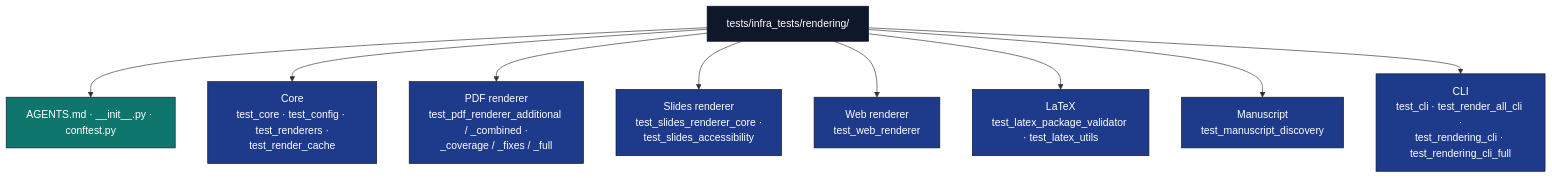
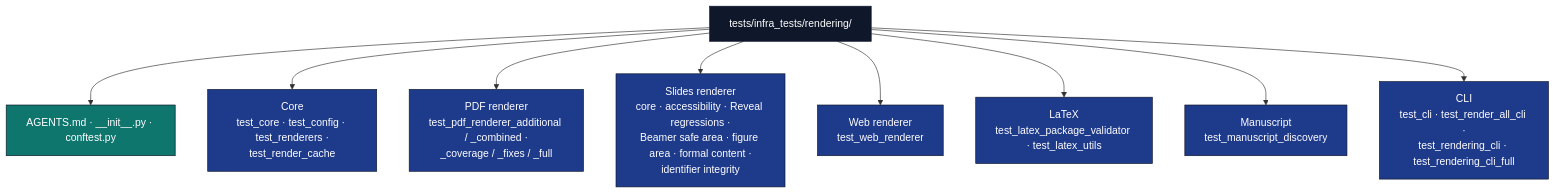
The diagram in tests/infra_tests/rendering/AGENTS.md (docxology/template), drawn with Mermaid before and after one commit. The commit also changed 31 other files, not shown here.

````diff
--- a/tests/infra_tests/rendering/AGENTS.md
+++ b/tests/infra_tests/rendering/AGENTS.md
@@ -9,19 +9,19 @@
 ```mermaid
 flowchart TB
     T[tests/infra_tests/rendering/]
     T --> META[AGENTS.md · __init__.py · conftest.py]
     T --> CORE[Core<br/>test_core · test_config · test_renderers ·<br/>test_render_cache]
     T --> PDF[PDF renderer<br/>test_pdf_renderer_additional / _combined ·<br/>_coverage / _fixes / _full]
-    T --> SLIDES[Slides renderer<br/>test_slides_renderer_core ·<br/>test_slides_accessibility]
+    T --> SLIDES[Slides renderer<br/>core · accessibility · Reveal regressions ·<br/>Beamer safe area · figure area · formal content ·<br/>identifier integrity]
     T --> WEB[Web renderer<br/>test_web_renderer]
     T --> LATEX[LaTeX<br/>test_latex_package_validator · test_latex_utils]
     T --> MAN[Manuscript<br/>test_manuscript_discovery]
     T --> CLI[CLI<br/>test_cli · test_render_all_cli ·<br/>test_rendering_cli · test_rendering_cli_full]
 
     classDef d fill:#0f172a,stroke:#0f172a,color:#fff
     classDef cat fill:#1e3a8a,stroke:#0f172a,color:#fff
     classDef doc fill:#0f766e,stroke:#0f172a,color:#fff
     class T d
     class CORE,PDF,SLIDES,WEB,LATEX,MAN,CLI cat
     class META doc
 ```
````
